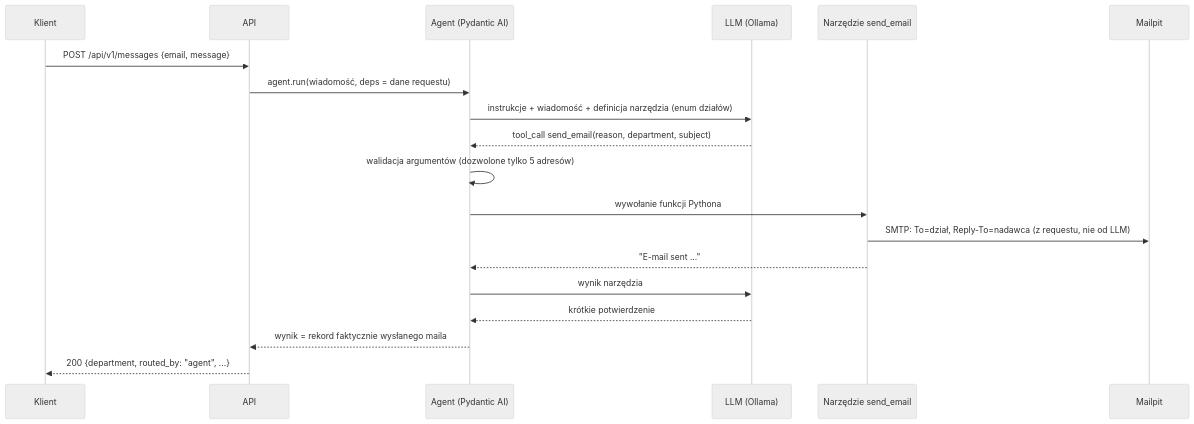
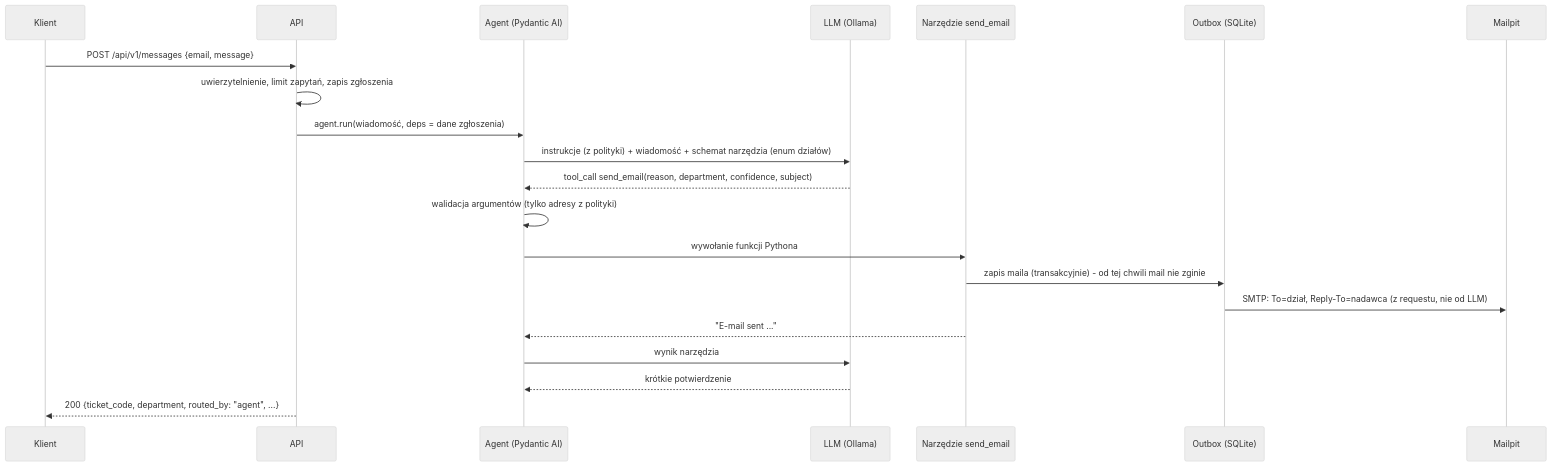
Before and after one commit to miikoolaj/ai-message-categorization-and-routing-system: the second of 2 diagrams in README.md, drawn with Mermaid (neutral theme). The commit also changed other lines of this file and 2 other files, not shown here.

````diff
--- a/README.md
+++ b/README.md
@@ -189,21 +217,23 @@
 ```mermaid
 sequenceDiagram
     participant C as Klient
     participant A as API
     participant G as Agent (Pydantic AI)
     participant L as LLM (Ollama)
     participant T as Narzędzie send_email
+    participant O as Outbox (SQLite)
     participant M as Mailpit
     C->>A: POST /api/v1/messages {email, message}
-    A->>G: agent.run(wiadomość, deps = dane requestu)
-    G->>L: instrukcje + wiadomość + definicja narzędzia (enum działów)
-    L-->>G: tool_call send_email(reason, department, subject)
-    G->>G: walidacja argumentów (dozwolone tylko 5 adresów)
+    A->>A: uwierzytelnienie, limit zapytań, zapis zgłoszenia
+    A->>G: agent.run(wiadomość, deps = dane zgłoszenia)
+    G->>L: instrukcje (z polityki) + wiadomość + schemat narzędzia (enum działów)
+    L-->>G: tool_call send_email(reason, department, confidence, subject)
+    G->>G: walidacja argumentów (tylko adresy z polityki)
     G->>T: wywołanie funkcji Pythona
-    T->>M: SMTP: To=dział, Reply-To=nadawca (z requestu, nie od LLM)
+    T->>O: zapis maila (transakcyjnie) - od tej chwili mail nie zginie
+    O->>M: SMTP: To=dział, Reply-To=nadawca (z requestu, nie od LLM)
     T-->>G: "E-mail sent ..."
     G->>L: wynik narzędzia
     L-->>G: krótkie potwierdzenie
-    G-->>A: wynik = rekord faktycznie wysłanego maila
-    A-->>C: 200 {department, routed_by: "agent", ...}
+    A-->>C: 200 {ticket_code, department, routed_by: "agent", ...}
 ```
````
